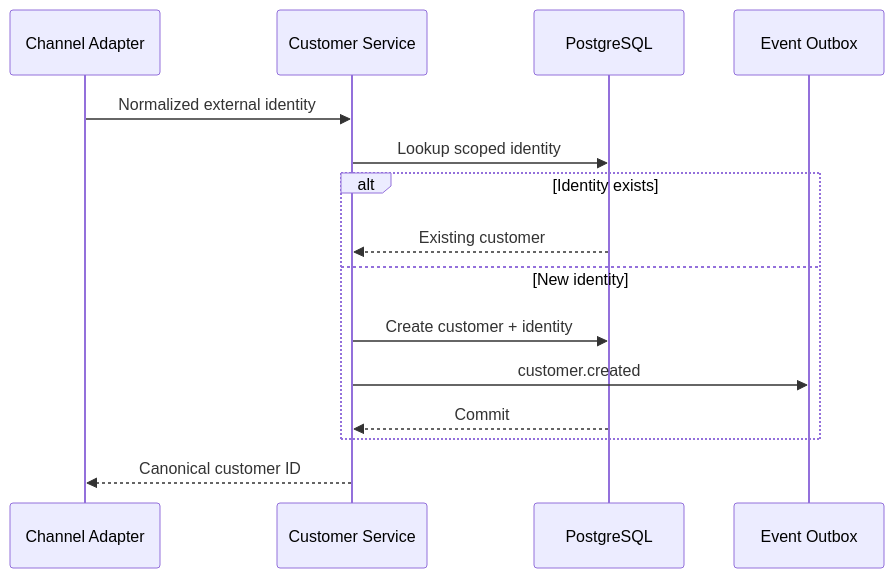
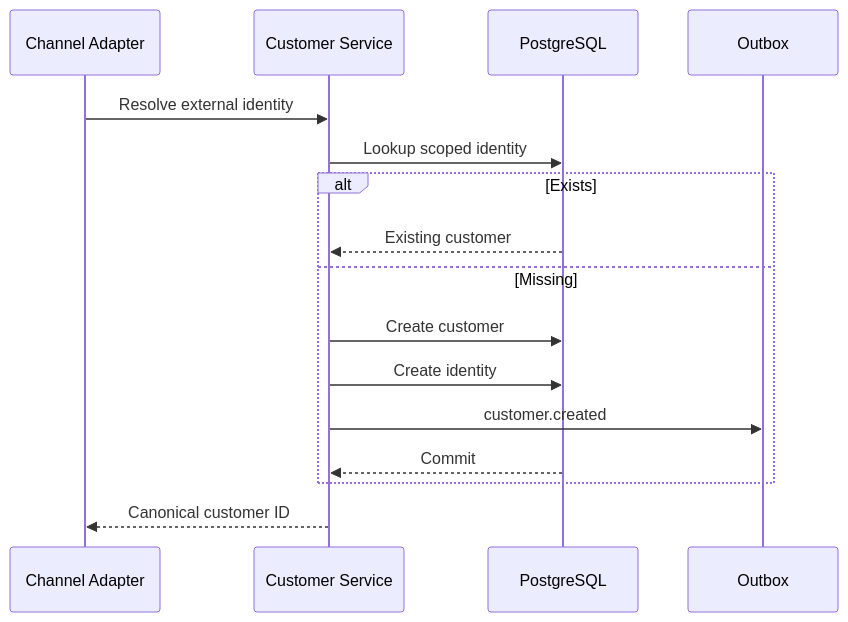
Before and after one commit to D-engahmed/OMILINKS: the second of 3 diagrams in docs/domain/customers.md, drawn with Mermaid. The commit also changed other lines of this file and 3 other files, not shown here.

````diff
--- a/docs/domain/customers.md
+++ b/docs/domain/customers.md
@@ -62,17 +63,18 @@
-```mermaid
+~~~mermaid
 sequenceDiagram
-participant CH as Channel Adapter
-participant C as Customer Service
+participant C as Channel Adapter
+participant S as Customer Service
 participant DB as PostgreSQL
-participant EVT as Event Outbox
-CH->>C: Normalized external identity
-C->>DB: Lookup scoped identity
-alt Identity exists
-  DB-->>C: Existing customer
-else New identity
-  C->>DB: Create customer + identity
-  C->>EVT: customer.created
-  DB-->>C: Commit
+participant O as Outbox
+C->>S: Resolve external identity
+S->>DB: Lookup scoped identity
+alt Exists
+  DB-->>S: Existing customer
+else Missing
+  S->>DB: Create customer
+  S->>DB: Create identity
+  S->>O: customer.created
+  DB-->>S: Commit
 end
-C-->>CH: Canonical customer ID
-```
+S-->>C: Canonical customer ID
+~~~
````
